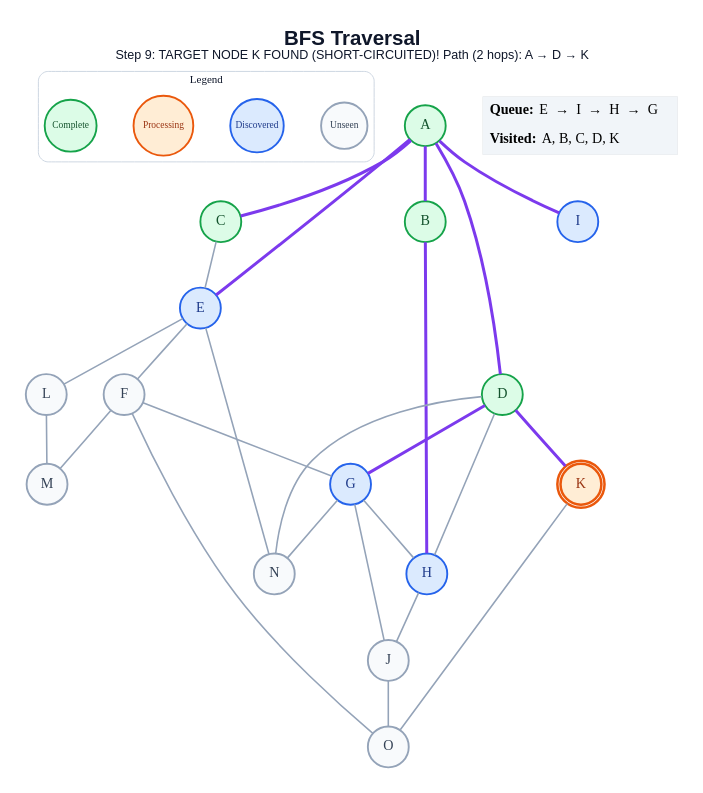
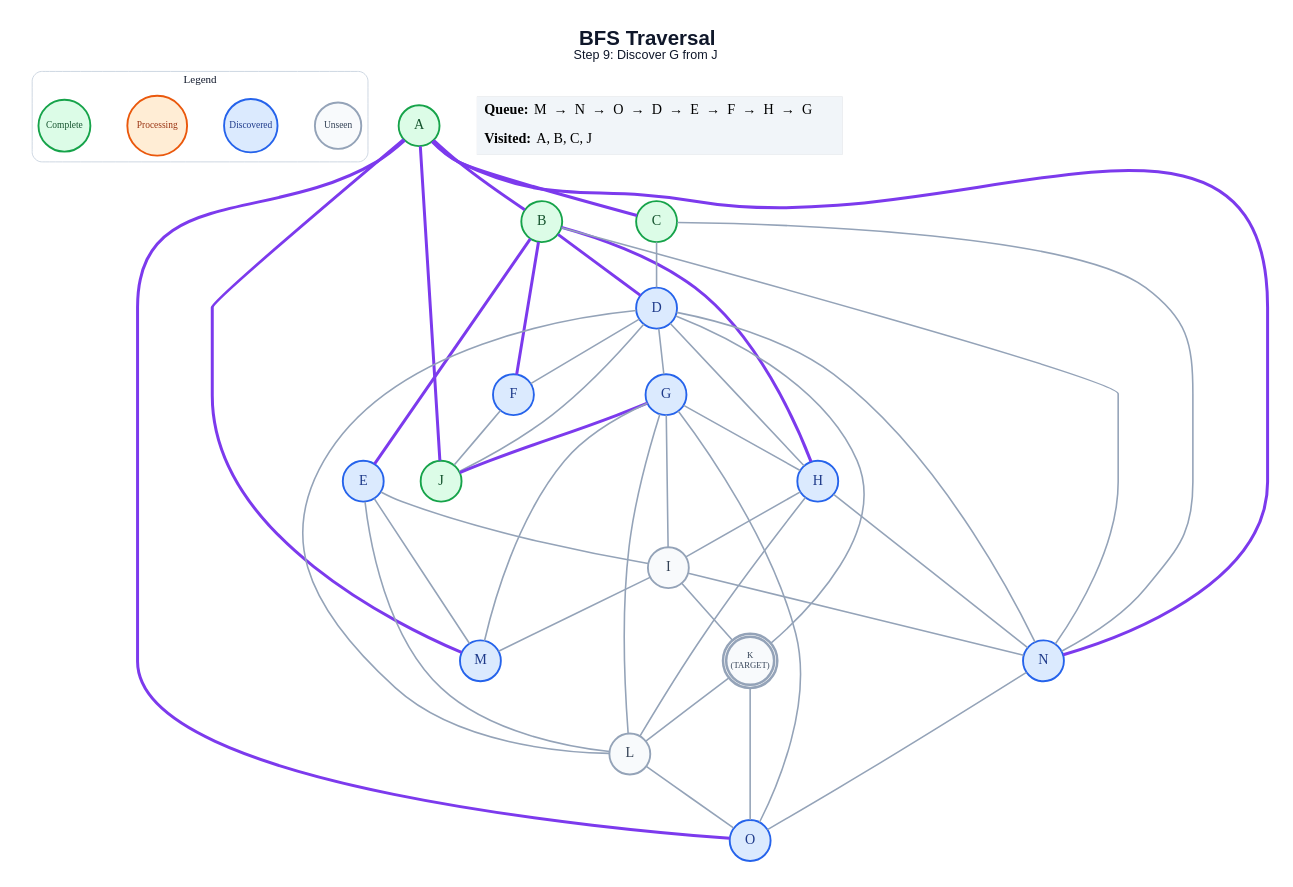
One commit to anon7238593-create/ai-slop changed the diagram in generated/short-circuit/bfs/step_09.dot. Above: the diagram before and after it, drawn with Graphviz. The commit also changed 280 other files, not shown here.

```diff
--- a/generated/short-circuit/bfs/step_09.dot
+++ b/generated/short-circuit/bfs/step_09.dot
@@ -1,58 +1,74 @@
 graph traversal {
   graph [layout=dot, rankdir=TB, bgcolor="#FFFFFF", pad="0.35", nodesep="0.65", ranksep="0.8", fontname="Arial"];
   node [shape=circle, style="filled", fontname="Arial Bold", fontsize=18, width=0.72, fixedsize=true, penwidth=2.4];
   edge [color="#94A3B8", penwidth=2.0];
-  label=<<B>BFS Traversal</B><BR/><FONT POINT-SIZE="16">Step 9: TARGET NODE K FOUND (SHORT-CIRCUITED)! Path (2 hops): A → D → K</FONT>>; labelloc="t"; fontsize=26; fontname="Arial"; fontcolor="#0F172A";
+  label=<<B>BFS Traversal</B><BR/><FONT POINT-SIZE="16">Step 9: Discover G from J</FONT>>; labelloc="t"; fontsize=26; fontname="Arial"; fontcolor="#0F172A";
   subgraph cluster_legend { label="Legend"; color="#CBD5E1"; penwidth=1.2; style="rounded"; fontsize=14; fontname="Arial Bold";
     key_unseen [label="Unseen", fillcolor="#F8FAFC", color="#94A3B8", fontcolor="#334155", fontsize=12, width=0.82];
     key_frontier [label="Discovered", fillcolor="#DBEAFE", color="#2563EB", fontcolor="#1E3A8A", fontsize=12, width=0.95];
     key_current [label="Processing", fillcolor="#FFEDD5", color="#EA580C", fontcolor="#9A3412", fontsize=12, width=1.05];
     key_done [label="Complete", fillcolor="#DCFCE7", color="#16A34A", fontcolor="#14532D", fontsize=12, width=0.92];
     { rank=same; key_unseen; key_frontier; key_current; key_done; }
   }
   A [label="A", fillcolor="#DCFCE7", color="#16A34A", fontcolor="#14532D", peripheries=1, penwidth=2.4];
   B [label="B", fillcolor="#DCFCE7", color="#16A34A", fontcolor="#14532D", peripheries=1, penwidth=2.4];
   C [label="C", fillcolor="#DCFCE7", color="#16A34A", fontcolor="#14532D", peripheries=1, penwidth=2.4];
-  D [label="D", fillcolor="#DCFCE7", color="#16A34A", fontcolor="#14532D", peripheries=1, penwidth=2.4];
+  D [label="D", fillcolor="#DBEAFE", color="#2563EB", fontcolor="#1E3A8A", peripheries=1, penwidth=2.4];
   E [label="E", fillcolor="#DBEAFE", color="#2563EB", fontcolor="#1E3A8A", peripheries=1, penwidth=2.4];
-  F [label="F", fillcolor="#F8FAFC", color="#94A3B8", fontcolor="#334155", peripheries=1, penwidth=2.4];
+  F [label="F", fillcolor="#DBEAFE", color="#2563EB", fontcolor="#1E3A8A", peripheries=1, penwidth=2.4];
   G [label="G", fillcolor="#DBEAFE", color="#2563EB", fontcolor="#1E3A8A", peripheries=1, penwidth=2.4];
   H [label="H", fillcolor="#DBEAFE", color="#2563EB", fontcolor="#1E3A8A", peripheries=1, penwidth=2.4];
-  I [label="I", fillcolor="#DBEAFE", color="#2563EB", fontcolor="#1E3A8A", peripheries=1, penwidth=2.4];
-  J [label="J", fillcolor="#F8FAFC", color="#94A3B8", fontcolor="#334155", peripheries=1, penwidth=2.4];
-  K [label="K", fillcolor="#FFEDD5", color="#EA580C", fontcolor="#9A3412", peripheries=2, penwidth=3.2];
+  I [label="I", fillcolor="#F8FAFC", color="#94A3B8", fontcolor="#334155", peripheries=1, penwidth=2.4];
+  J [label="J", fillcolor="#DCFCE7", color="#16A34A", fontcolor="#14532D", peripheries=1, penwidth=2.4];
+  K [label="K\n(TARGET)", fillcolor="#F8FAFC", color="#94A3B8", fontcolor="#334155", peripheries=2, penwidth=3.2, fontsize=11, width=0.85, height=0.85];
   L [label="L", fillcolor="#F8FAFC", color="#94A3B8", fontcolor="#334155", peripheries=1, penwidth=2.4];
-  M [label="M", fillcolor="#F8FAFC", color="#94A3B8", fontcolor="#334155", peripheries=1, penwidth=2.4];
-  N [label="N", fillcolor="#F8FAFC", color="#94A3B8", fontcolor="#334155", peripheries=1, penwidth=2.4];
-  O [label="O", fillcolor="#F8FAFC", color="#94A3B8", fontcolor="#334155", peripheries=1, penwidth=2.4];
+  M [label="M", fillcolor="#DBEAFE", color="#2563EB", fontcolor="#1E3A8A", peripheries=1, penwidth=2.4];
+  N [label="N", fillcolor="#DBEAFE", color="#2563EB", fontcolor="#1E3A8A", peripheries=1, penwidth=2.4];
+  O [label="O", fillcolor="#DBEAFE", color="#2563EB", fontcolor="#1E3A8A", peripheries=1, penwidth=2.4];
   A -- B [color="#7C3AED", penwidth=3.8];
   A -- C [color="#7C3AED", penwidth=3.8];
-  A -- D [color="#7C3AED", penwidth=3.8];
-  A -- E [color="#7C3AED", penwidth=3.8];
-  A -- I [color="#7C3AED", penwidth=3.8];
+  A -- J [color="#7C3AED", penwidth=3.8];
+  A -- M [color="#7C3AED", penwidth=3.8];
+  A -- N [color="#7C3AED", penwidth=3.8];
+  A -- O [color="#7C3AED", penwidth=3.8];
+  B -- D [color="#7C3AED", penwidth=3.8];
+  B -- E [color="#7C3AED", penwidth=3.8];
+  B -- F [color="#7C3AED", penwidth=3.8];
   B -- H [color="#7C3AED", penwidth=3.8];
-  C -- E;
-  D -- G [color="#7C3AED", penwidth=3.8];
+  B -- N;
+  C -- D;
+  C -- N;
+  D -- F;
+  D -- G;
   D -- H;
-  D -- K [color="#7C3AED", penwidth=3.8];
+  D -- J;
+  D -- K;
+  D -- L;
   D -- N;
-  E -- F;
+  E -- I;
   E -- L;
-  E -- N;
-  F -- G;
-  F -- M;
-  F -- O;
+  E -- M;
+  F -- J;
   G -- H;
-  G -- J;
-  G -- N;
-  H -- J;
-  J -- O;
+  G -- I;
+  G -- J [color="#7C3AED", penwidth=3.8];
+  G -- L;
+  G -- M;
+  G -- O;
+  H -- I;
+  H -- L;
+  H -- N;
+  I -- K;
+  I -- M;
+  I -- N;
+  K -- L;
   K -- O;
-  L -- M;
+  L -- O;
+  N -- O;
   status [shape=plain, fixedsize=false, width=0, height=0, margin=0, label=<
     <TABLE BORDER="0" CELLBORDER="0" CELLPADDING="7" BGCOLOR="#F1F5F9">
-      <TR><TD ALIGN="LEFT"><B>Queue:</B> E  →  I  →  H  →  G</TD></TR>
-      <TR><TD ALIGN="LEFT"><B>Visited:</B> A, B, C, D, K</TD></TR>
+      <TR><TD ALIGN="LEFT"><B>Queue:</B> M  →  N  →  O  →  D  →  E  →  F  →  H  →  G</TD></TR>
+      <TR><TD ALIGN="LEFT"><B>Visited:</B> A, B, C, J</TD></TR>
     </TABLE>
   >];
 }
```
